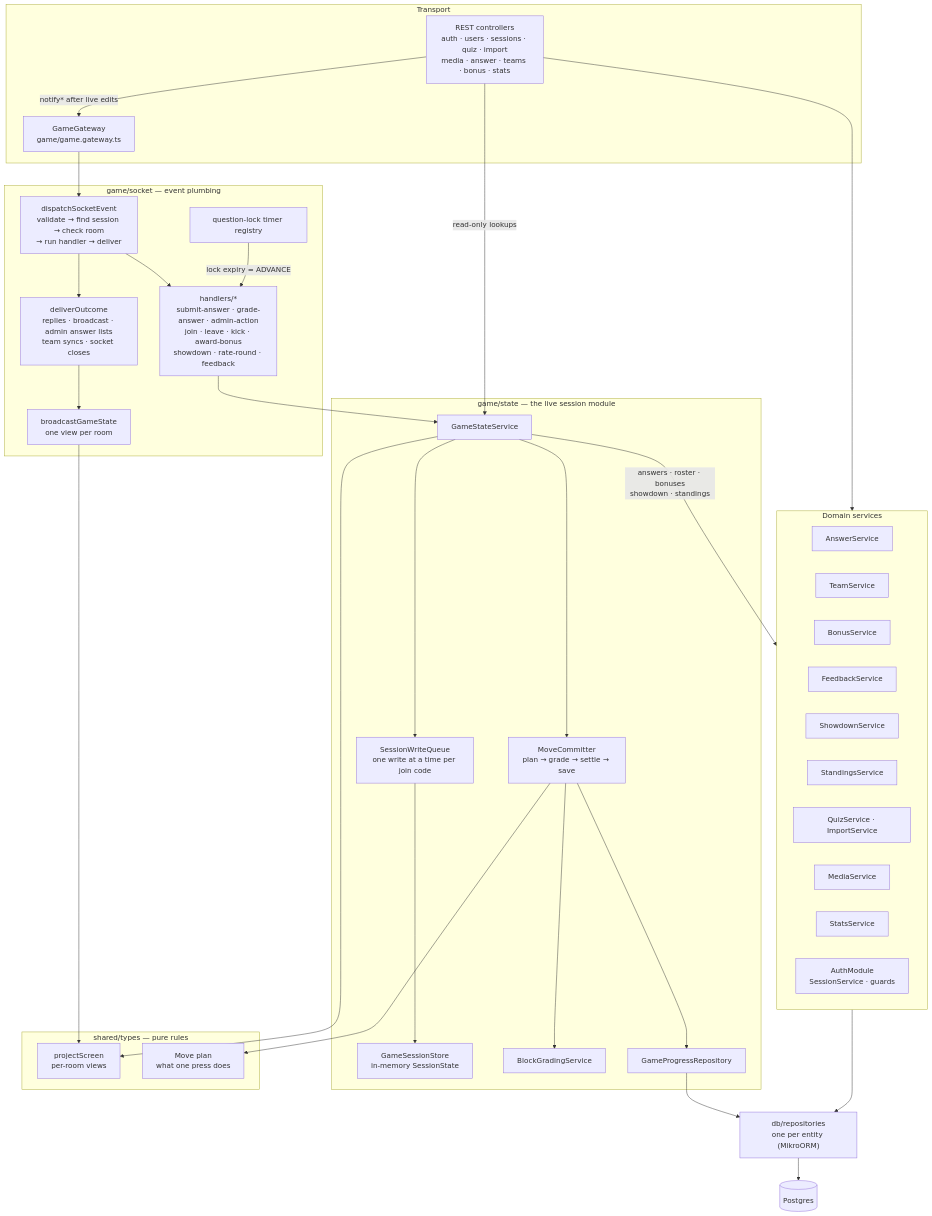
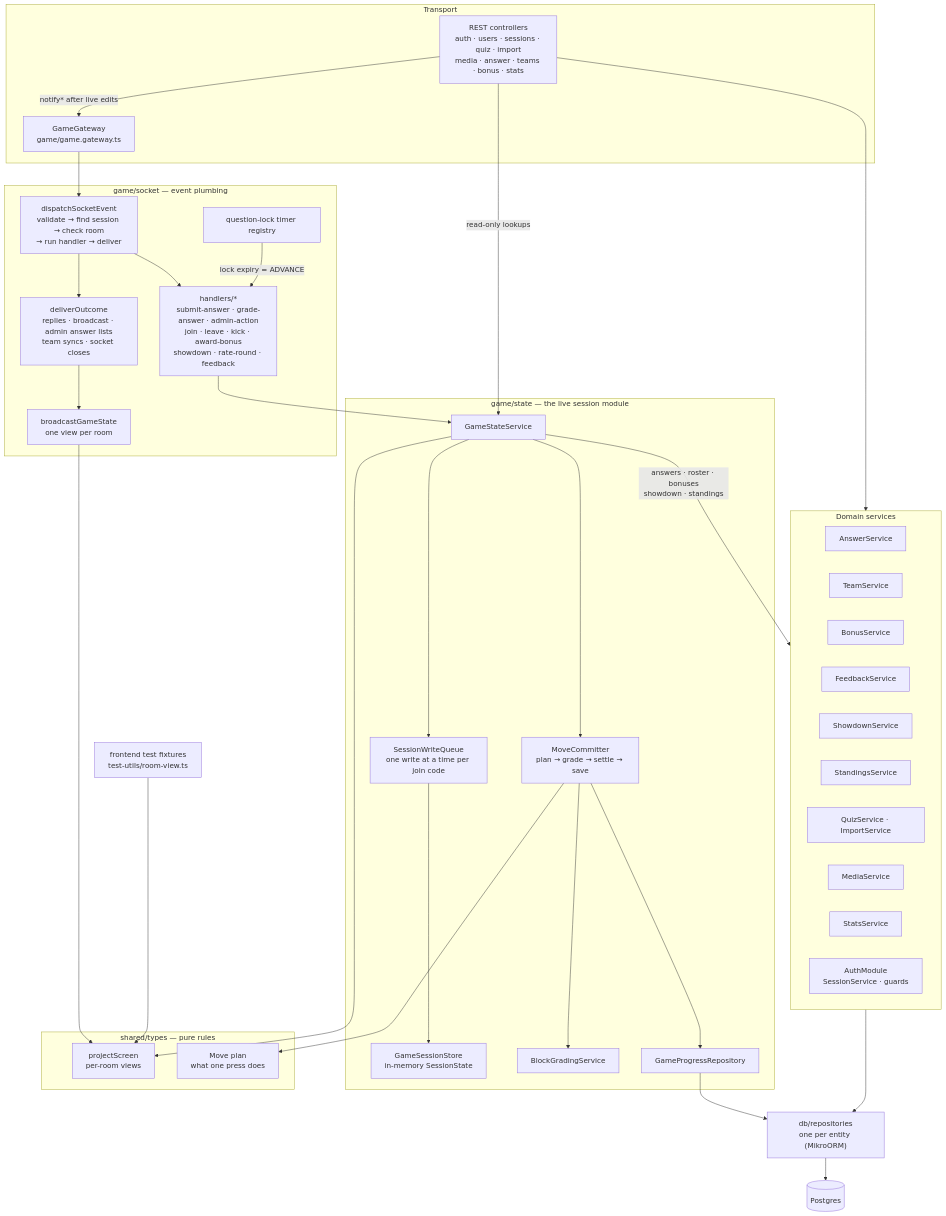
The third of 8 diagrams in docs/architecture.md (Sid0rr0/campus-pubquiz), drawn with Mermaid before and after one commit. The commit also changed other lines of this file and 6 other files, not shown here.

Commit message:
refactor(repo): tidy room-view-projection review findings

````diff
--- a/docs/architecture.md
+++ b/docs/architecture.md
@@ -73,63 +73,64 @@
 ```mermaid
 flowchart TD
   subgraph transport["Transport"]
     gw["GameGateway<br/>game/game.gateway.ts"]
     rest["REST controllers<br/>auth · users · sessions · quiz · import<br/>media · answer · teams · bonus · stats"]
   end
 
   subgraph socket["game/socket — event plumbing"]
     dispatch["dispatchSocketEvent<br/>validate → find session → check room<br/>→ run handler → deliver"]
     handlers["handlers/*<br/>submit-answer · grade-answer · admin-action<br/>join · leave · kick · award-bonus<br/>showdown · rate-round · feedback"]
     deliver["deliverOutcome<br/>replies · broadcast · admin answer lists<br/>team syncs · socket closes"]
     broadcast["broadcastGameState<br/>one view per room"]
     timers["question-lock timer registry"]
   end
 
   subgraph state["game/state — the live session module"]
     gss["GameStateService"]
     queue["SessionWriteQueue<br/>one write at a time per join code"]
     store["GameSessionStore<br/>in-memory SessionState"]
     mover["MoveCommitter<br/>plan → grade → settle → save"]
     grading["BlockGradingService"]
     progress["GameProgressRepository"]
   end
 
   subgraph shared["shared/types — pure rules"]
     project["projectScreen<br/>per-room views"]
     plan["Move plan<br/>what one press does"]
   end
 
   subgraph domain["Domain services"]
     answer["AnswerService"]
     team["TeamService"]
     bonus["BonusService"]
     feedback["FeedbackService"]
     showdown["ShowdownService"]
     standings["StandingsService"]
     quiz["QuizService · ImportService"]
     media["MediaService"]
     stats["StatsService"]
     auth["AuthModule<br/>SessionService · guards"]
   end
 
   repos["db/repositories<br/>one per entity (MikroORM)"]
   db[("Postgres")]
 
   gw --> dispatch --> handlers --> gss
   dispatch --> deliver --> broadcast --> project
   timers -->|"lock expiry = ADVANCE"| handlers
   rest -->|"notify* after live edits"| gw
   rest -->|read-only lookups| gss
   rest --> domain
 
   gss --> queue --> store
   gss --> mover --> grading
   mover --> progress
   mover --> plan
   gss --> project
+  fixtures["frontend test fixtures<br/>test-utils/room-view.ts"] --> project
   gss -->|"answers · roster · bonuses<br/>showdown · standings"| domain
 
   domain --> repos
   progress --> repos
   repos --> db
 ```
````
